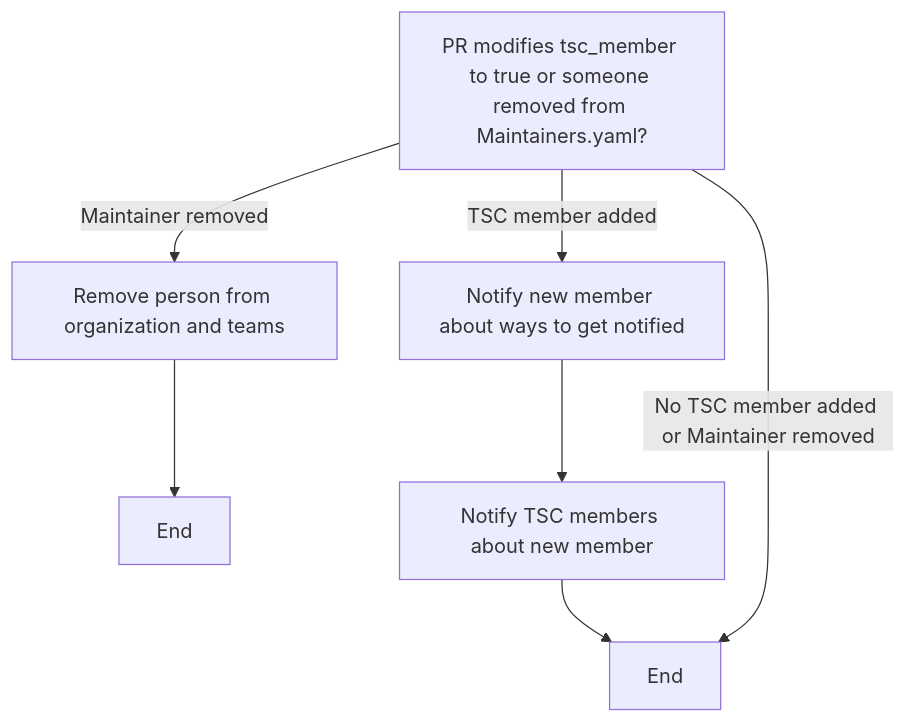
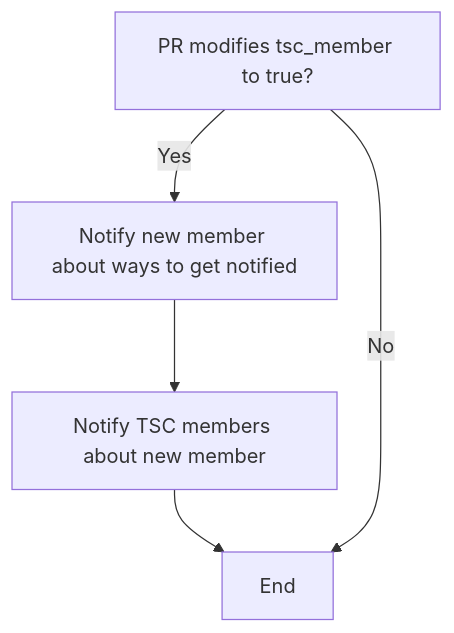
One commit to asyncapi/community changed the ninth of 11 diagrams in mentorship/summerofcode/2023/workflowautomation/README.md. Above: the diagram before and after it, drawn with Mermaid. The commit also changed other lines of this file, not shown here.

````diff
--- a/mentorship/summerofcode/2023/workflowautomation/README.md
+++ b/mentorship/summerofcode/2023/workflowautomation/README.md
@@ -163,11 +168,7 @@
 ```mermaid
 graph TD;
-A[PR modifies tsc_member to true or someone removed from Maintainers.yaml?] --> |Maintainer removed| B[Remove person from organization and teams];
-B --> C[End];
-
-A --> |TSC member added| D[Notify new member about ways to get notified];
-D --> E[Notify TSC members about new member];
-E --> F[End];
-
-A --> |No TSC member added or Maintainer removed| F[End];
+A[PR modifies tsc_member to true?] --> |Yes| B[Notify new member about ways to get notified];
+B --> C[Notify TSC members about new member];
+C --> D[End];
+A --> |No| D[End];
 ```
````
